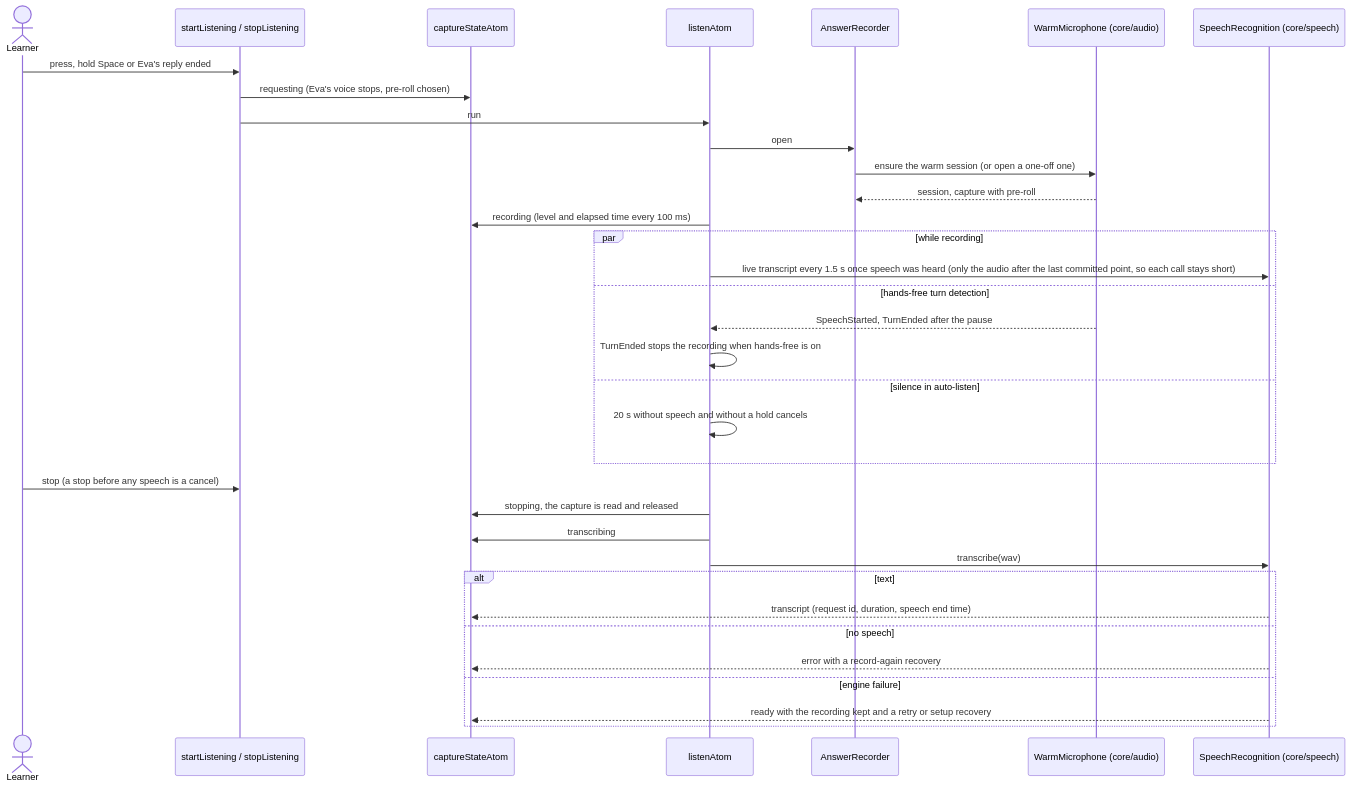
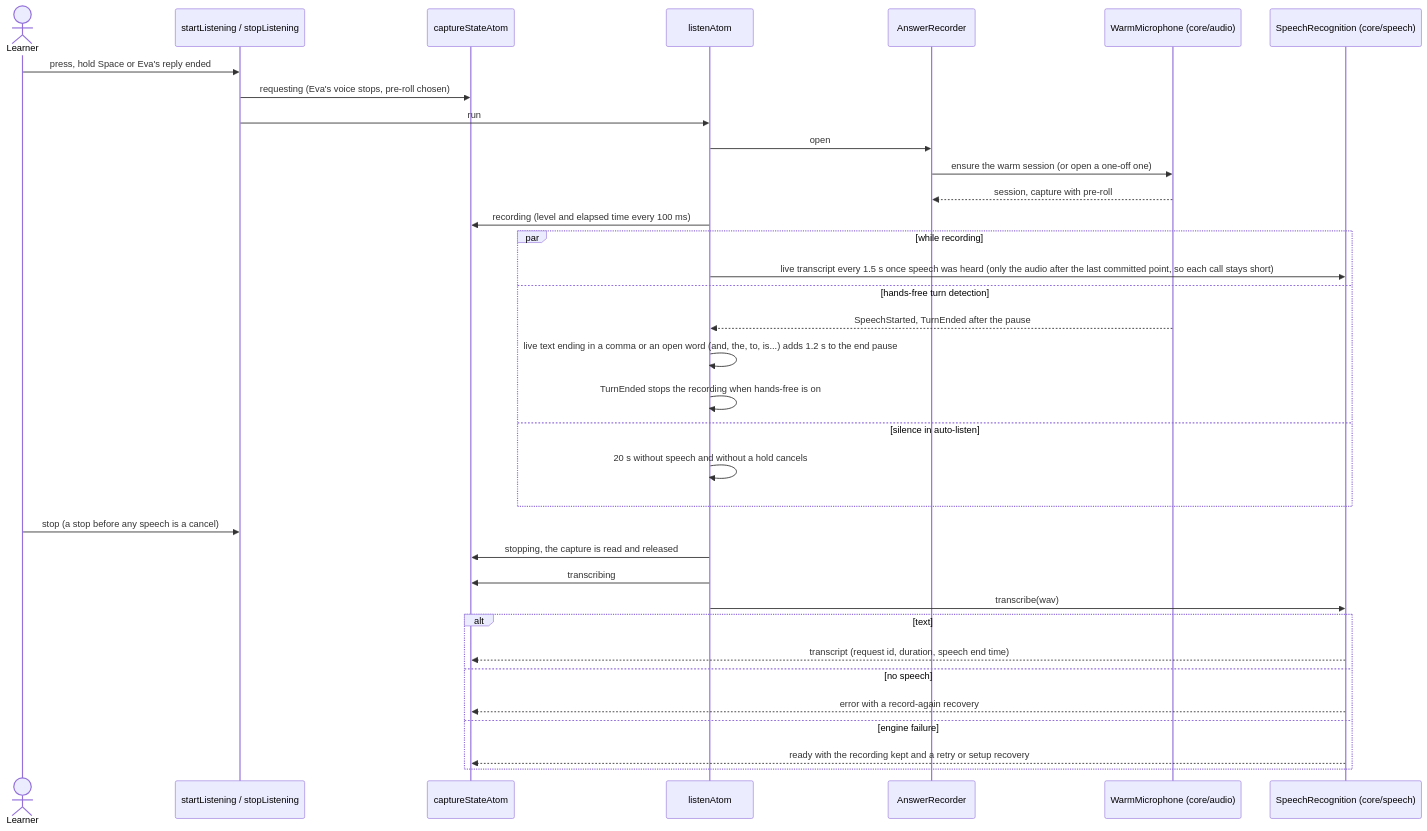
Before and after one commit to oleksii-latyshev/english-trainer: the diagram in src/core/answer-capture/flow.md, drawn with Mermaid. The commit also changed 9 other files, not shown here.

````diff
--- a/src/core/answer-capture/flow.md
+++ b/src/core/answer-capture/flow.md
@@ -9,37 +9,38 @@
 ```mermaid
 sequenceDiagram
     actor Learner
     participant Controls as startListening / stopListening
     participant State as captureStateAtom
     participant Listen as listenAtom
     participant Recorder as AnswerRecorder
     participant Warm as WarmMicrophone (core/audio)
     participant Whisper as SpeechRecognition (core/speech)
 
     Learner->>Controls: press, hold Space or Eva's reply ended
     Controls->>State: requesting (Eva's voice stops, pre-roll chosen)
     Controls->>Listen: run
     Listen->>Recorder: open
     Recorder->>Warm: ensure the warm session (or open a one-off one)
     Warm-->>Recorder: session, capture with pre-roll
     Listen->>State: recording (level and elapsed time every 100 ms)
     par while recording
         Listen->>Whisper: live transcript every 1.5 s once speech was heard (only the audio after the last committed point, so each call stays short)
     and hands-free turn detection
         Warm-->>Listen: SpeechStarted, TurnEnded after the pause
+        Listen->>Listen: live text ending in a comma or an open word (and, the, to, is...) adds 1.2 s to the end pause
         Listen->>Listen: TurnEnded stops the recording when hands-free is on
     and silence in auto-listen
         Listen->>Listen: 20 s without speech and without a hold cancels
     end
     Learner->>Controls: stop (a stop before any speech is a cancel)
     Listen->>State: stopping, the capture is read and released
     Listen->>State: transcribing
     Listen->>Whisper: transcribe(wav)
     alt text
         Whisper-->>State: transcript (request id, duration, speech end time)
     else no speech
         Whisper-->>State: error with a record-again recovery
     else engine failure
         Whisper-->>State: ready with the recording kept and a retry or setup recovery
     end
 ```
````
